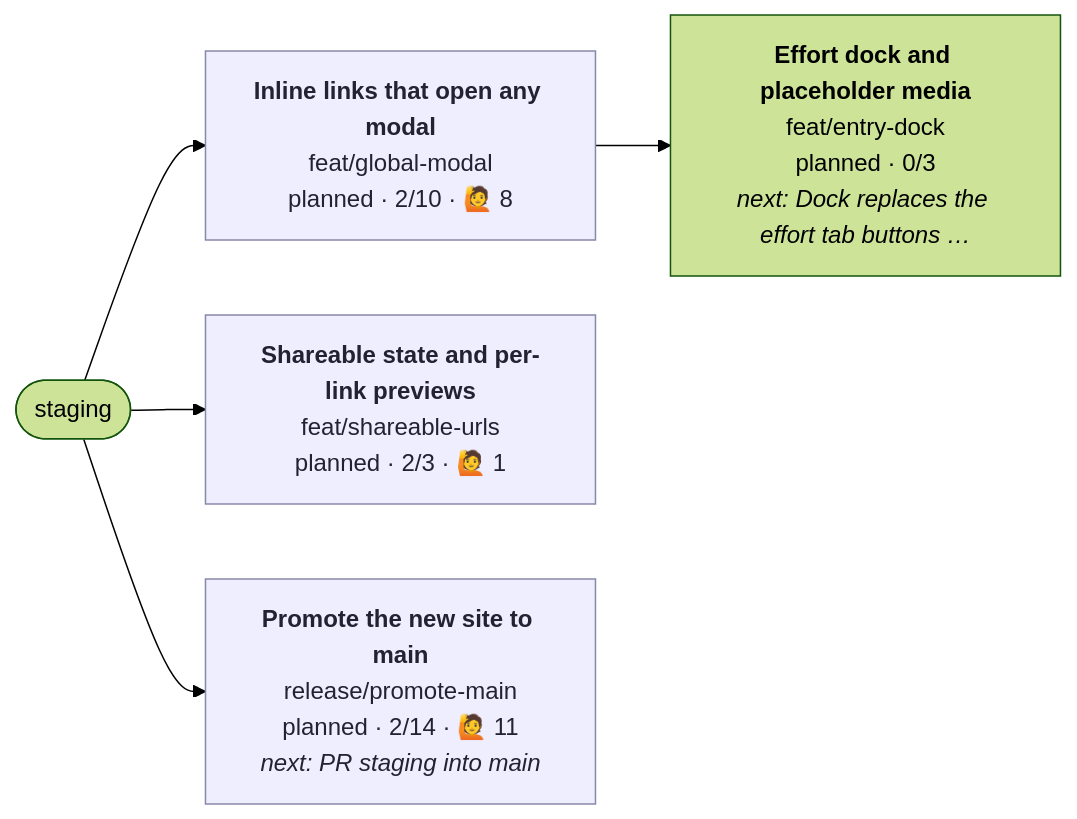
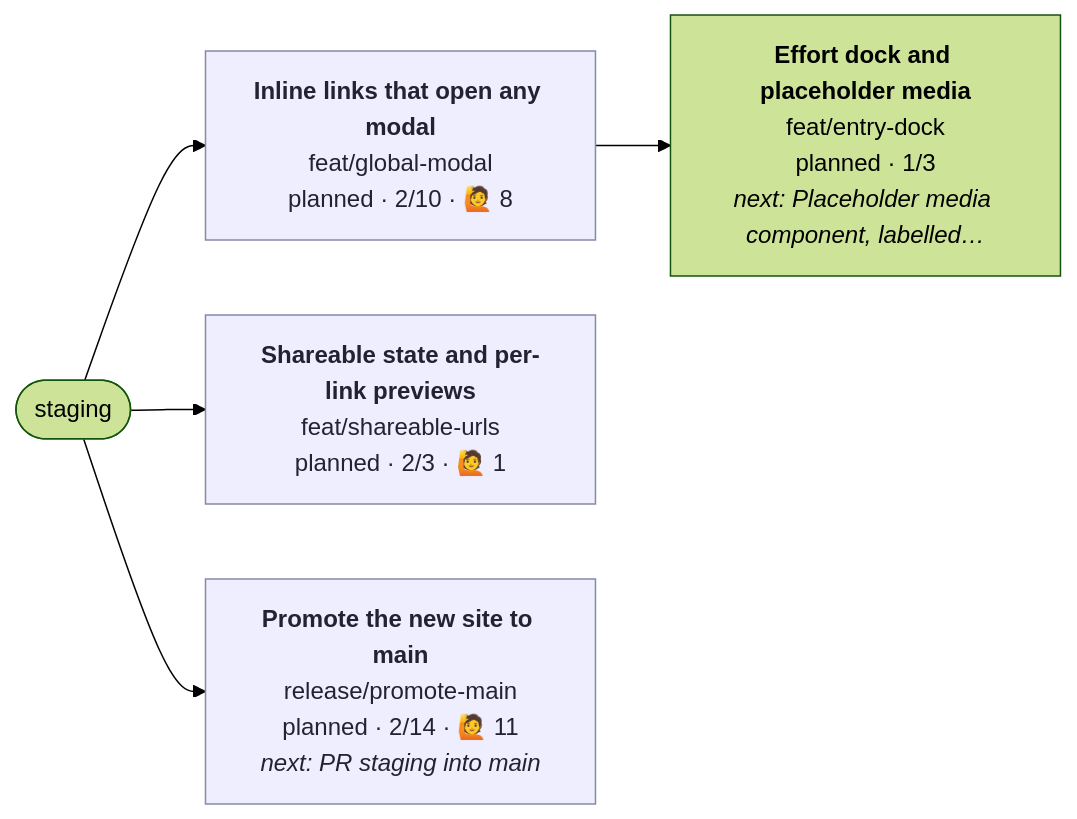
The diagram in CONTRIBUTING.md (henryjonescodes/portfolio), drawn with Mermaid (forest theme) before and after one commit. The commit also changed other lines of this file, not shown here.

````diff
--- a/CONTRIBUTING.md
+++ b/CONTRIBUTING.md
@@ -5,21 +5,21 @@
 ```mermaid
 flowchart LR
   n_staging([staging])
-  n_feat_entry_dock["<b>Effort dock and placeholder media</b><br/>feat/entry-dock<br/>planned · 0/3<br/><i>next: Dock replaces the effort tab buttons …</i>"]
+  n_feat_entry_dock["<b>Effort dock and placeholder media</b><br/>feat/entry-dock<br/>planned · 1/3<br/><i>next: Placeholder media component, labelled…</i>"]
   class n_feat_entry_dock planned,current
   n_feat_global_modal --> n_feat_entry_dock
   n_feat_global_modal["<b>Inline links that open any modal</b><br/>feat/global-modal<br/>planned · 2/10 · 🙋 8"]
   class n_feat_global_modal planned
   n_staging --> n_feat_global_modal
   n_feat_shareable_urls["<b>Shareable state and per-link previews</b><br/>feat/shareable-urls<br/>planned · 2/3 · 🙋 1"]
   class n_feat_shareable_urls planned
   n_staging --> n_feat_shareable_urls
   n_release_promote_main["<b>Promote the new site to main</b><br/>release/promote-main<br/>planned · 2/14 · 🙋 11<br/><i>next: PR staging into main</i>"]
   class n_release_promote_main planned
   n_staging --> n_release_promote_main
   classDef planned fill:#eef,stroke:#88a,color:#223
   classDef active fill:#dfd,stroke:#3a3,stroke-width:3px,color:#132
   classDef blocked fill:#fdd,stroke:#c33,color:#311
   classDef review fill:#ffd,stroke:#cc3,color:#331
   classDef current stroke:#06c,stroke-width:4px
 ```
````
